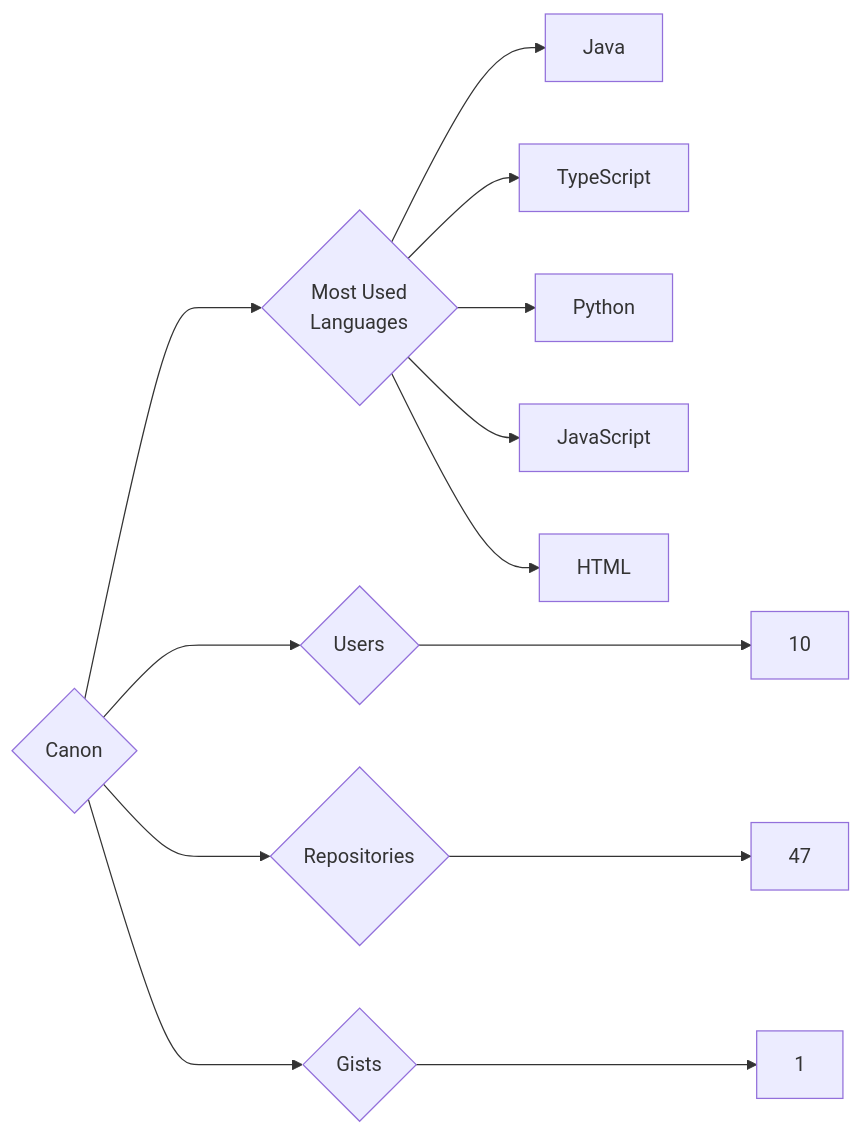
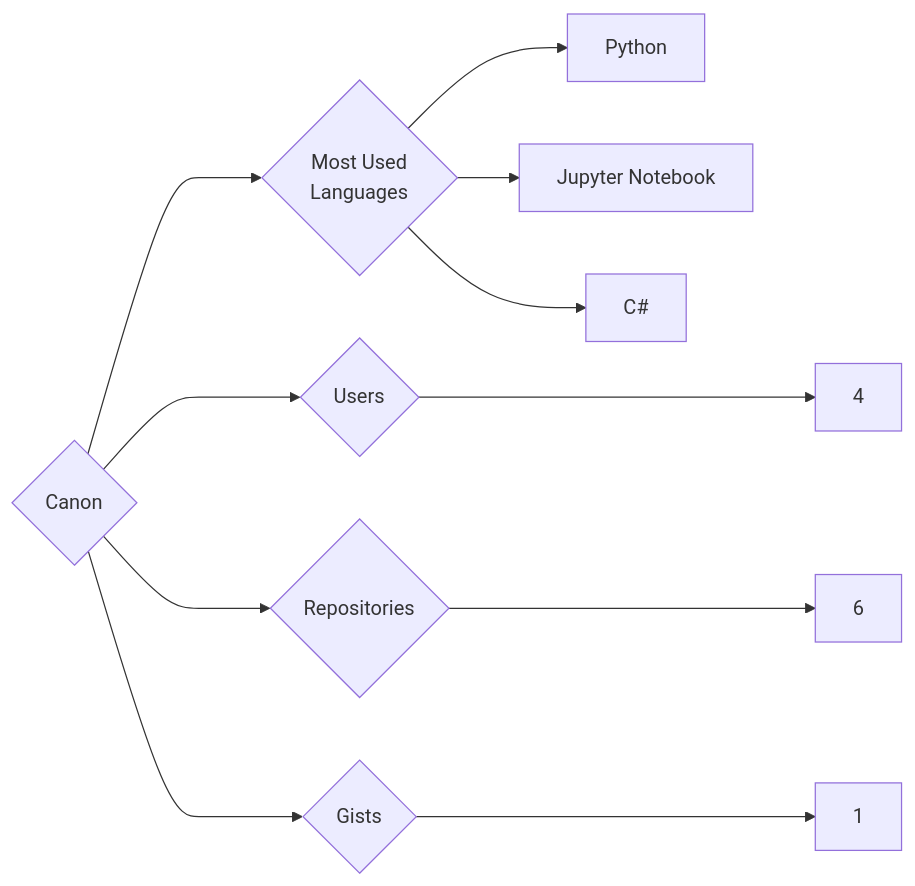
Before and after one commit to trickest/insiders: the diagram in targets/Canon/README.md, drawn with Mermaid. The commit also changed 932 other files, not shown here.

````diff
--- a/targets/Canon/README.md
+++ b/targets/Canon/README.md
@@ -3,13 +3,11 @@
 ```mermaid
 graph LR
 COMPANY_NAME{Canon}
-COMPANY_NAME ---> U{Users} ---> UN[10]
-COMPANY_NAME ---> R{Repositories} ---> RN[47]
+COMPANY_NAME ---> U{Users} ---> UN[4]
+COMPANY_NAME ---> R{Repositories} ---> RN[6]
 COMPANY_NAME ---> G{Gists} ---> GN[1]
 COMPANY_NAME ---> ML{Most Used<br>Languages}
-ML --> Java[Java]
-ML --> TypeScript[TypeScript]
 ML --> Python[Python]
-ML --> JavaScript[JavaScript]
-ML --> HTML[HTML]
+ML --> Jupyter_Notebook[Jupyter Notebook]
+ML --> C#[C#]
 ```
````
